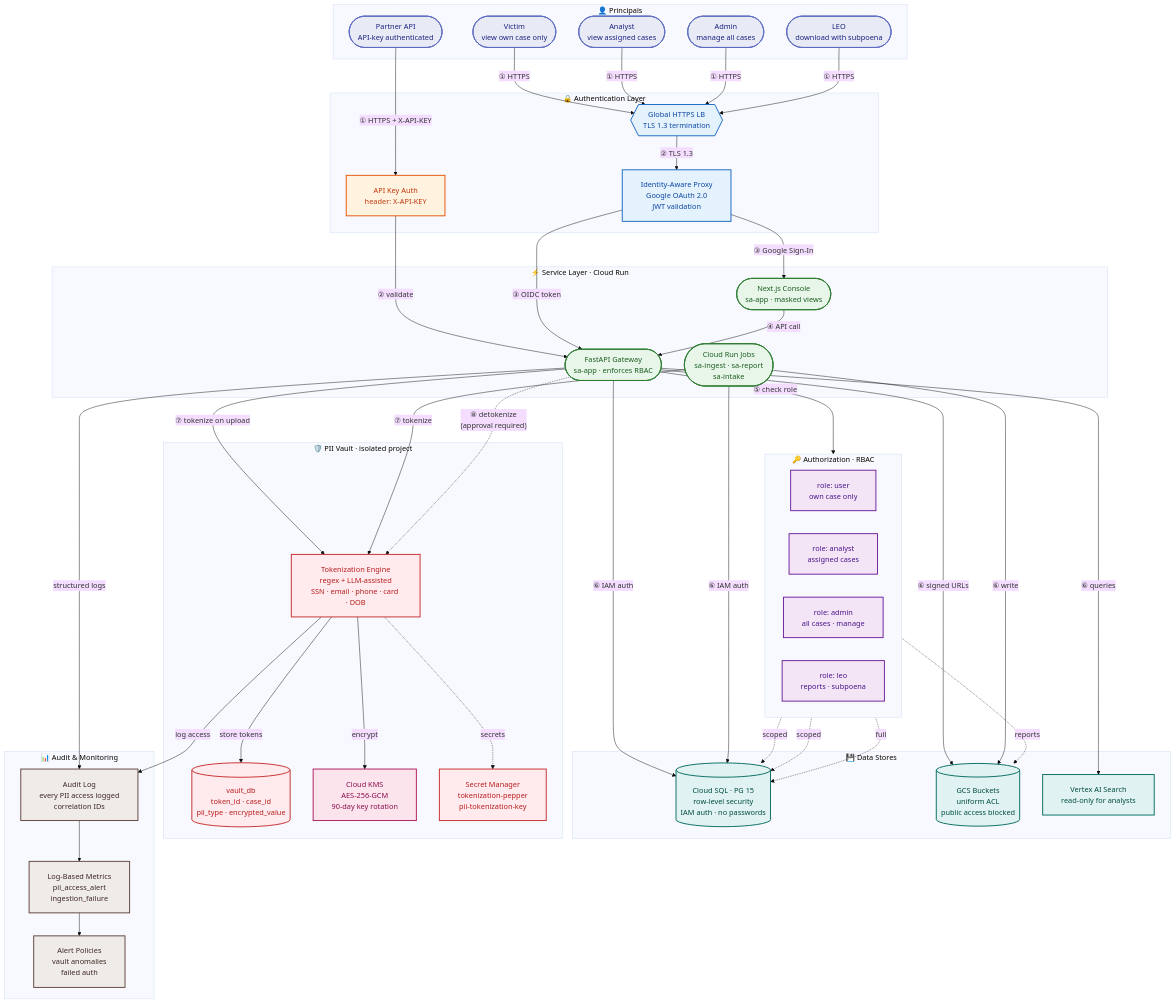
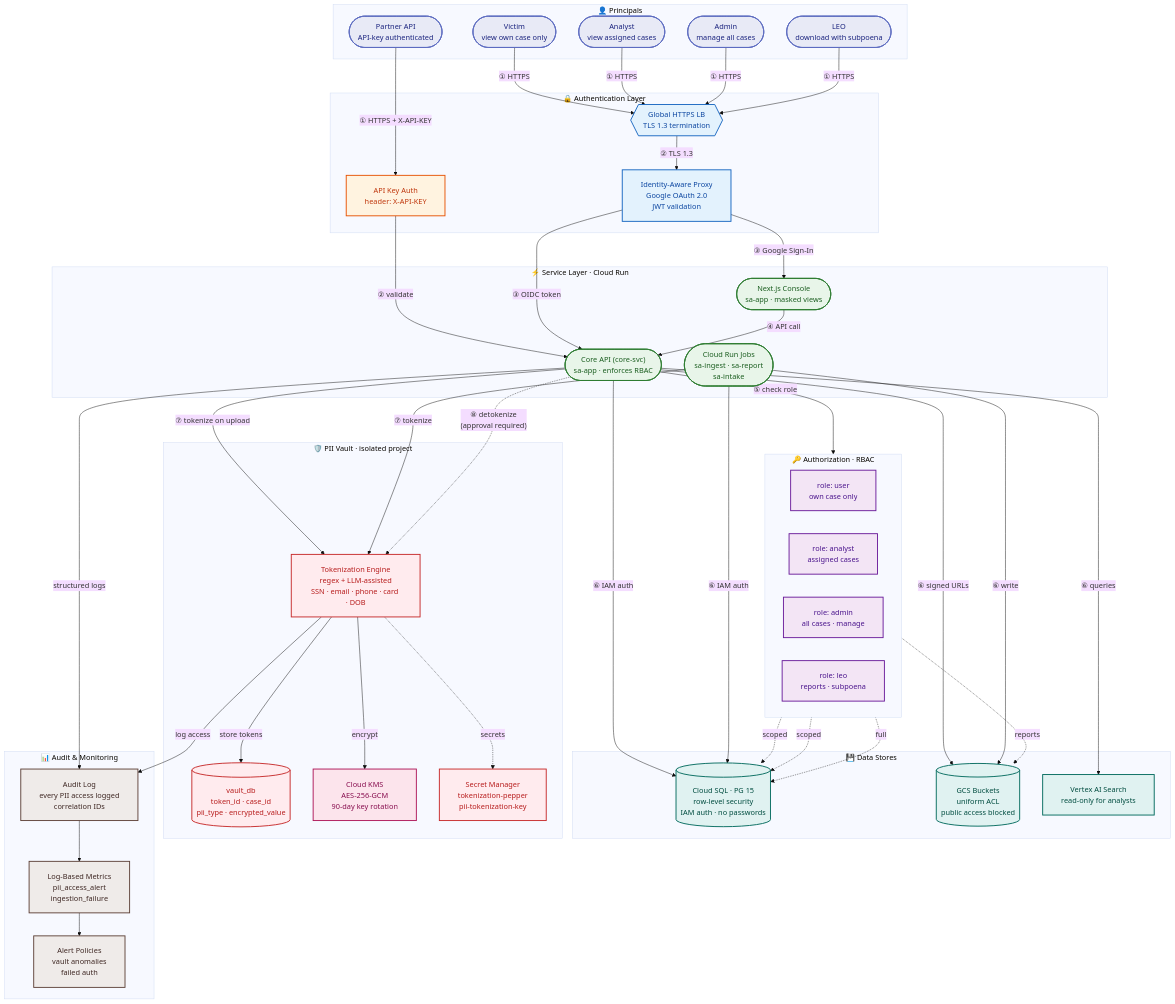
Before and after one commit to intelligenceforgood/docs: the diagram in book/architecture/security-model.md, drawn with Mermaid. The commit also changed 17 other files, not shown here.

```diff
--- a/book/architecture/security-model.md
+++ b/book/architecture/security-model.md
@@ -44,7 +44,7 @@
 
     subgraph ServiceLayer["⚡ Service Layer · Cloud Run"]
         Console(["Next.js Console<br/>sa-app · masked views"]):::service
-        API(["FastAPI Gateway<br/>sa-app · enforces RBAC"]):::service
+        API(["Core API (core-svc)<br/>sa-app · enforces RBAC"]):::service
         Workers(["Cloud Run Jobs<br/>sa-ingest · sa-report<br/>sa-intake"]):::service
     end
 
```
